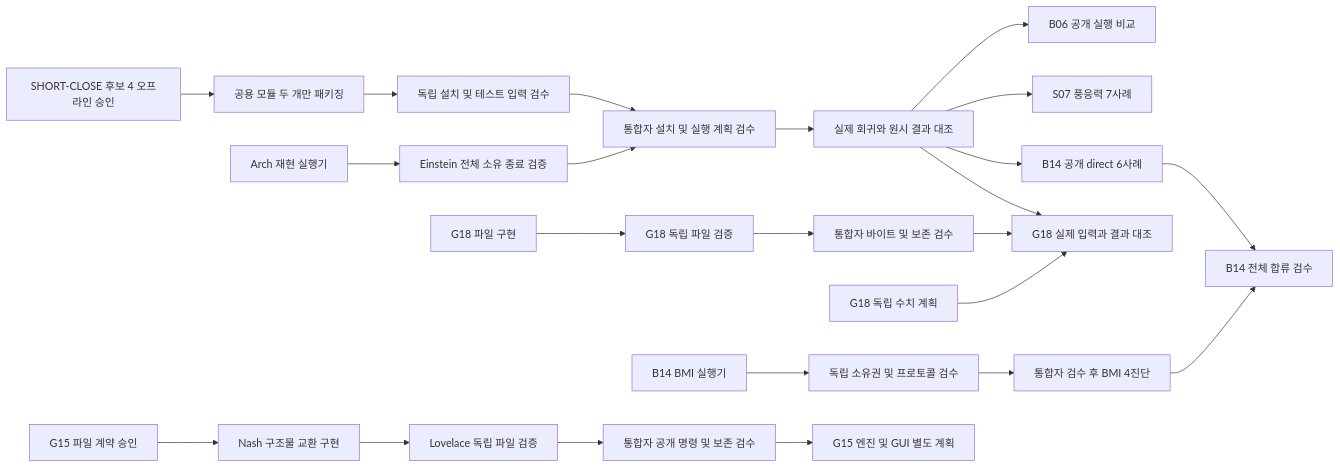
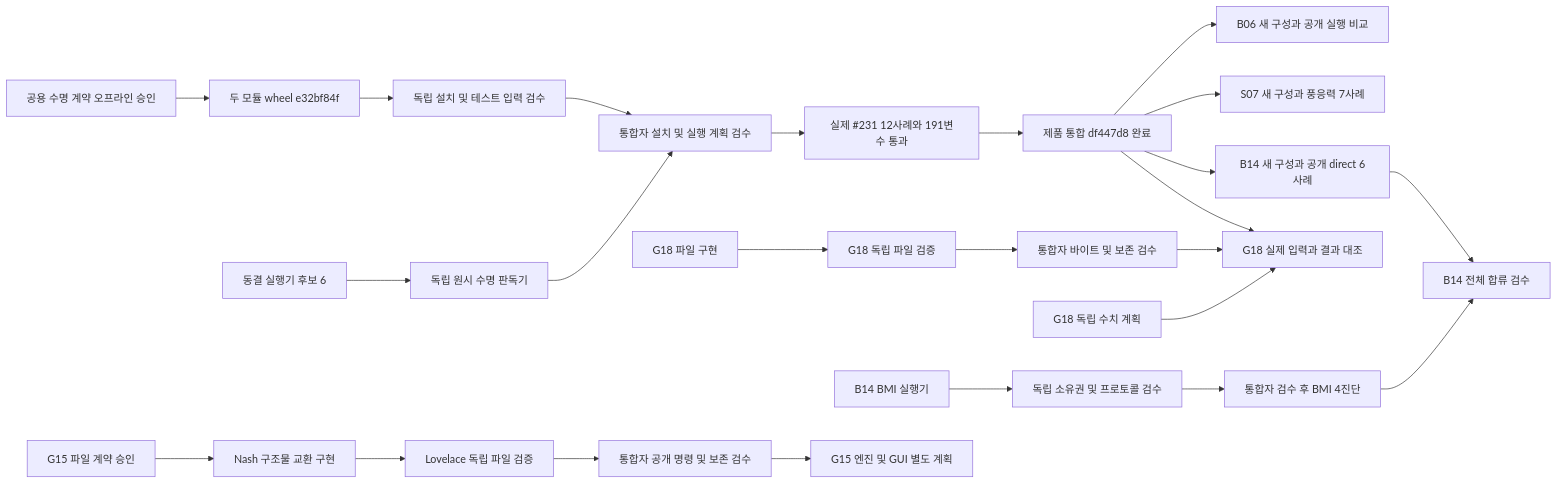
Before and after one commit to mossyantler/delft3d-fm-cli: the diagram in DELIVERY.md, drawn with Mermaid. The commit also changed other lines of this file and 5 other files, not shown here.

Commit message:
docs(SHORT-CLOSE-ROOT-DOC): record accepted native replay and next review gates

````diff
--- a/DELIVERY.md
+++ b/DELIVERY.md
@@ -267,25 +291,26 @@
 ```mermaid
 flowchart LR
-    C[SHORT-CLOSE 후보 4 오프라인 승인] --> PK[공용 모듈 두 개만 패키징]
+    C[공용 수명 계약 오프라인 승인] --> PK[두 모듈 wheel e32bf84f]
     PK --> PV[독립 설치 및 테스트 입력 검수]
     PV --> NG[통합자 설치 및 실행 계획 검수]
-    NR[Arch 재현 실행기] --> NV[Einstein 전체 소유 종료 검증]
+    NR[동결 실행기 후보 6] --> NV[독립 원시 수명 판독기]
     NV --> NG
-    NG --> CG[실제 회귀와 원시 결과 대조]
-    CG --> B06[B06 공개 실행 비교]
-    CG --> S07[S07 풍응력 7사례]
-    CG --> BD[B14 공개 direct 6사례]
+    NG --> CG[실제 #231 12사례와 191변수 통과]
+    CG --> RG[제품 통합 df447d8 완료]
+    RG --> B06[B06 새 구성과 공개 실행 비교]
+    RG --> S07[S07 새 구성과 풍응력 7사례]
+    RG --> BD[B14 새 구성과 공개 direct 6사례]
     GI[G18 파일 구현] --> GV[G18 독립 파일 검증]
     GV --> GG[통합자 바이트 및 보존 검수]
     GP[G18 독립 수치 계획] --> GN[G18 실제 입력과 결과 대조]
     GG --> GN
-    CG --> GN
+    RG --> GN
     BI[B14 BMI 실행기] --> BV[독립 소유권 및 프로토콜 검수]
     BV --> BG[통합자 검수 후 BMI 4진단]
     BG --> BA[B14 전체 합류 검수]
     BD --> BA
     TC[G15 파일 계약 승인] --> TI[Nash 구조물 교환 구현]
     TI --> TV[Lovelace 독립 파일 검증]
     TV --> TG[통합자 공개 명령 및 보존 검수]
     TG --> TP[G15 엔진 및 GUI 별도 계획]
 ```
````
